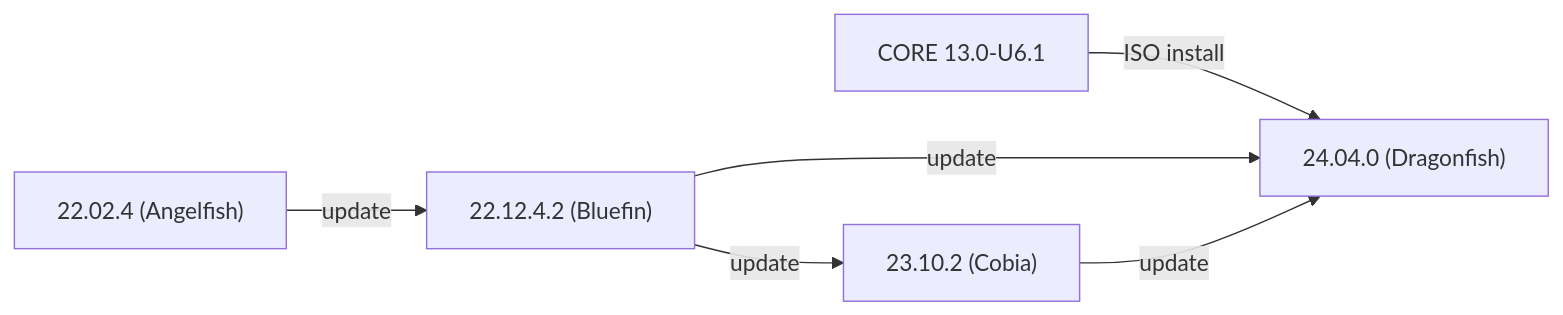
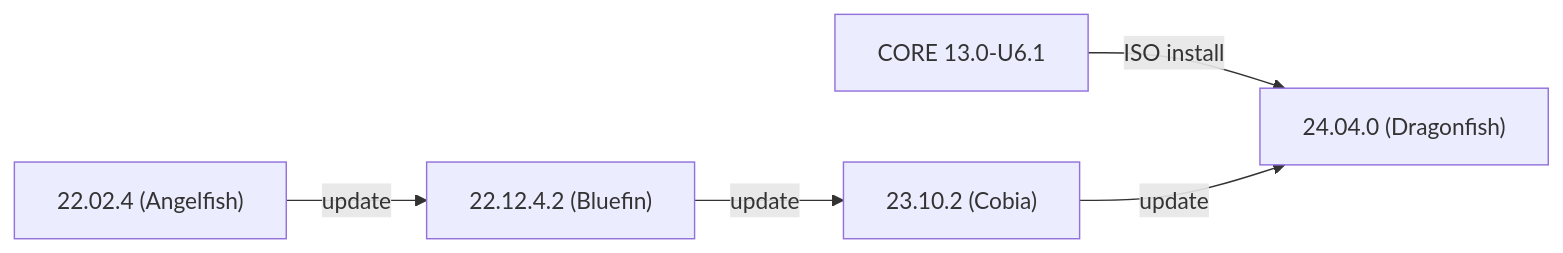
Before and after one commit to truenas/documentation: the first of 2 diagrams in content/GettingStarted/SCALEReleaseNotes.md, drawn with Mermaid. The commit also changed other lines of this file, not shown here.

```diff
--- a/content/GettingStarted/SCALEReleaseNotes.md
+++ b/content/GettingStarted/SCALEReleaseNotes.md
@@ -73,10 +73,9 @@
 {{< mermaid class="mermaid_sizing" >}}
 flowchart LR
 
 A["22.02.4 (Angelfish)"] -->|update| C
 B[CORE 13.0-U6.1] -->|ISO install| E
 C["22.12.4.2 (Bluefin)"] -->|update| D
-C["22.12.4.2 (Bluefin)"] -->|update| E
 D["23.10.2 (Cobia)"] -->|update| E
 E["24.04.0 (Dragonfish)"]
 {{< /mermaid >}}
```
